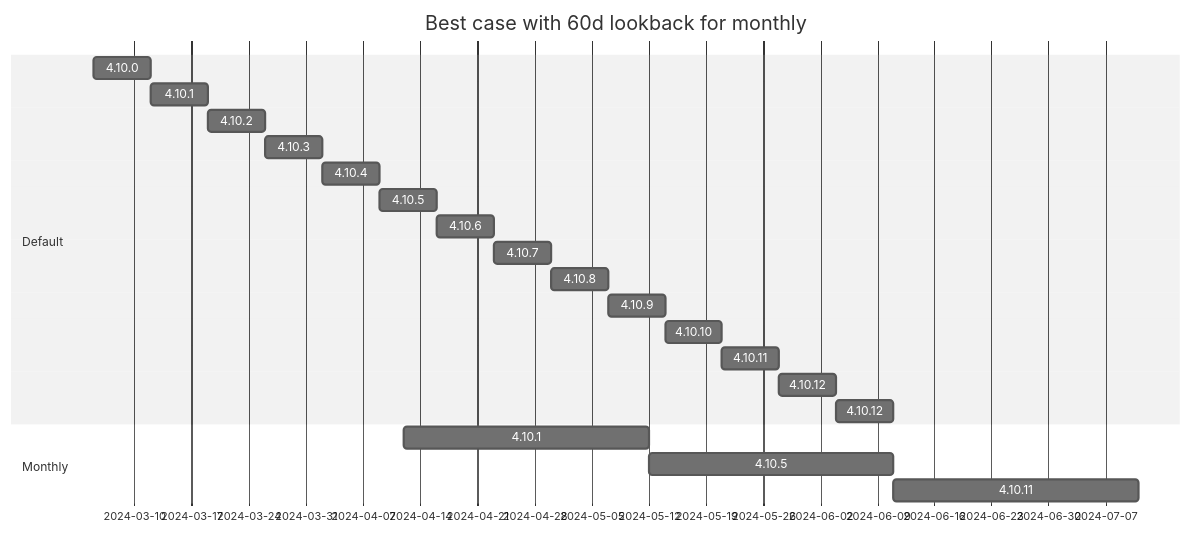
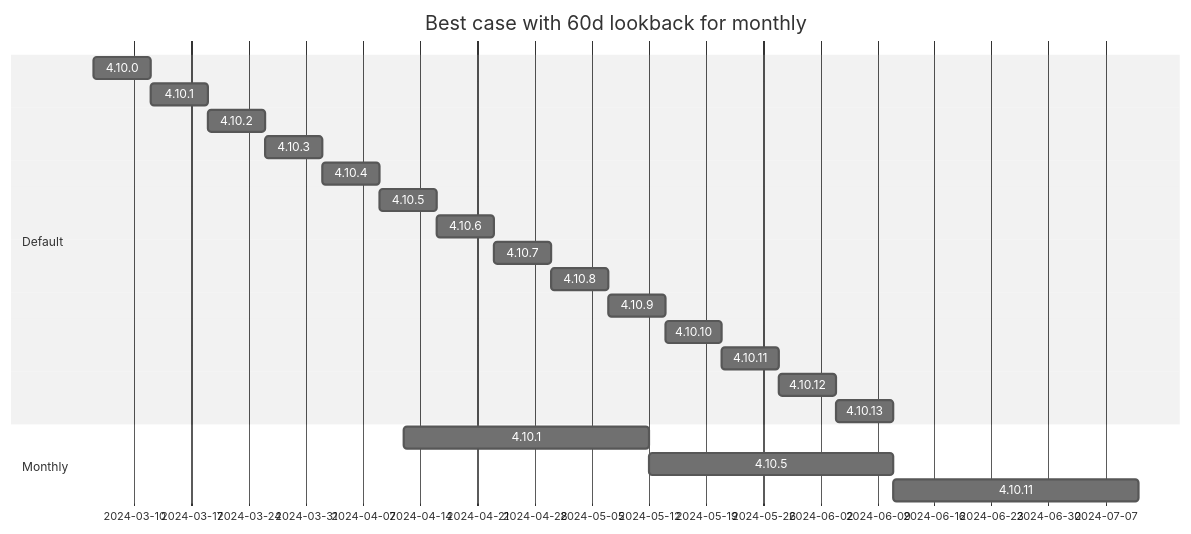
Before and after one commit to sdodson/cincinnati-graph-data: the second of 2 diagrams in policies.md, drawn with Mermaid (neutral theme). The commit also changed other lines of this file, not shown here.

````diff
--- a/policies.md
+++ b/policies.md
@@ -62,24 +62,24 @@
 ```mermaid
 gantt
  title Best case with 60d lookback for monthly
     dateFormat  YYYY-MM-DD
     Section Default
     4.10.0  :d41000, 2024-03-05,7d
     4.10.1  :d41001, after d41000, 7d
     4.10.2  :d41002, after d41001, 7d
     4.10.3  :d41003, after d41002, 7d
     4.10.4  :d41004, after d41003, 7d
     4.10.5  :d41005, after d41004, 7d
     4.10.6  :d41006, after d41005, 7d
     4.10.7  :d41007, after d41006, 7d
     4.10.8  :d41008, after d41007, 7d
     4.10.9  :d41009, after d41008, 7d
     4.10.10 :d41010, after d41009, 7d
     4.10.11 :d41011, after d41010, 7d
     4.10.12 :d41012, after d41011, 7d
-    4.10.12 :d41013, after d41012, 7d
+    4.10.13 :d41013, after d41012, 7d
     Section Monthly
     4.10.1 :m41001, 2024-04-12, 30d
     4.10.5 :m41005, after m41001, 30d
     4.10.11 :m41011, after m41005, 30d
 ```
````
